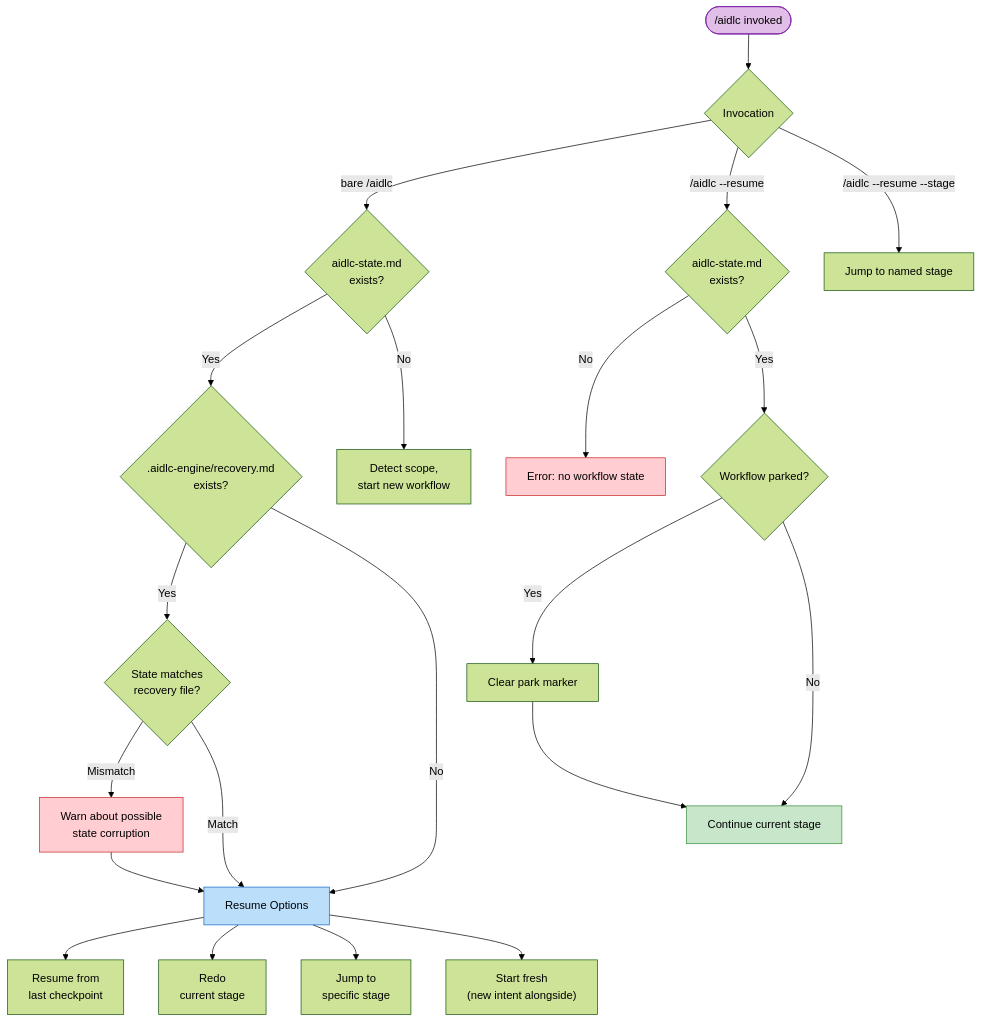
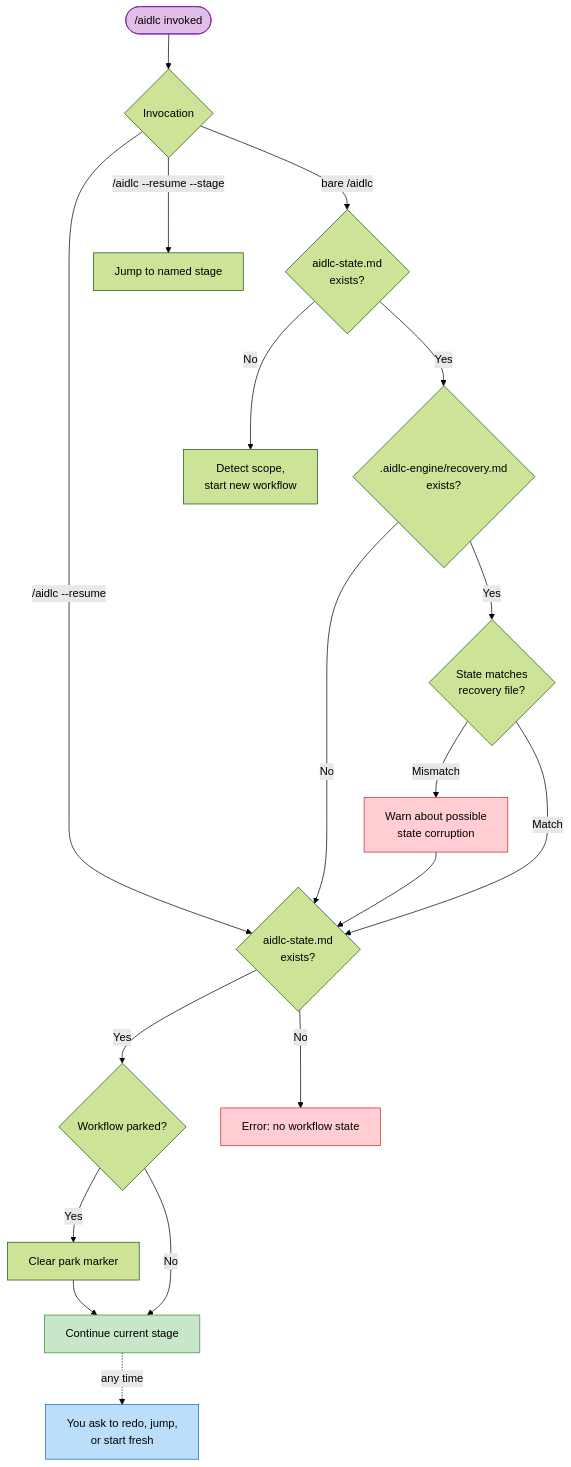
The diagram in docs/guide/en/11-session-management.md (otomatty/aidlc-guide), drawn with Mermaid (forest theme) before and after one commit. The commit also changed other lines of this file and 832 other files, not shown here.

````diff
--- a/docs/guide/en/11-session-management.md
+++ b/docs/guide/en/11-session-management.md
@@ -17,49 +18,41 @@
 ```mermaid
 flowchart TD
     START(["/aidlc invoked"])
     MODE{"Invocation"}
     STATE_EXISTS{"aidlc-state.md\nexists?"}
     RECOVERY_CHECK{".aidlc-engine/recovery.md\nexists?"}
     CORRUPTION{"State matches\nrecovery file?"}
     WARN["Warn about possible\nstate corruption"]
-    RESUME_MENU["Resume Options"]
-    OPT_RESUME["Resume from\nlast checkpoint"]
-    OPT_REDO["Redo\ncurrent stage"]
-    OPT_JUMP["Jump to\nspecific stage"]
-    OPT_FRESH["Start fresh\n(new intent alongside)"]
     RESUME_STATE{"aidlc-state.md\nexists?"}
     PARKED{"Workflow parked?"}
     UNPARK["Clear park marker"]
     CONTINUE["Continue current stage"]
+    OTHER["You ask to redo, jump,\nor start fresh"]
     JUMP["Jump to named stage"]
     NO_STATE["Error: no workflow state"]
     SCOPE_DETECT["Detect scope,\nstart new workflow"]
 
     START --> MODE
     MODE -->|"bare /aidlc"| STATE_EXISTS
     MODE -->|"/aidlc --resume"| RESUME_STATE
     MODE -->|"/aidlc --resume --stage"| JUMP
     STATE_EXISTS -->|Yes| RECOVERY_CHECK
     STATE_EXISTS -->|No| SCOPE_DETECT
 
     RECOVERY_CHECK -->|Yes| CORRUPTION
-    RECOVERY_CHECK -->|No| RESUME_MENU
-    CORRUPTION -->|Mismatch| WARN --> RESUME_MENU
-    CORRUPTION -->|Match| RESUME_MENU
-
-    RESUME_MENU --> OPT_RESUME
-    RESUME_MENU --> OPT_REDO
-    RESUME_MENU --> OPT_JUMP
-    RESUME_MENU --> OPT_FRESH
+    RECOVERY_CHECK -->|No| RESUME_STATE
+    CORRUPTION -->|Mismatch| WARN --> RESUME_STATE
+    CORRUPTION -->|Match| RESUME_STATE
 
     RESUME_STATE -->|No| NO_STATE
     RESUME_STATE -->|Yes| PARKED
     PARKED -->|Yes| UNPARK --> CONTINUE
     PARKED -->|No| CONTINUE
+    CONTINUE -.->|"any time"| OTHER
 
     style START fill:#e1bee7,stroke:#7b1fa2,color:#000
-    style RESUME_MENU fill:#bbdefb,stroke:#1565c0,color:#000
+    style OTHER fill:#bbdefb,stroke:#1565c0,color:#000
     style CONTINUE fill:#c8e6c9,stroke:#388e3c,color:#000
     style WARN fill:#ffcdd2,stroke:#c62828,color:#000
     style NO_STATE fill:#ffcdd2,stroke:#c62828,color:#000
 ```
````
